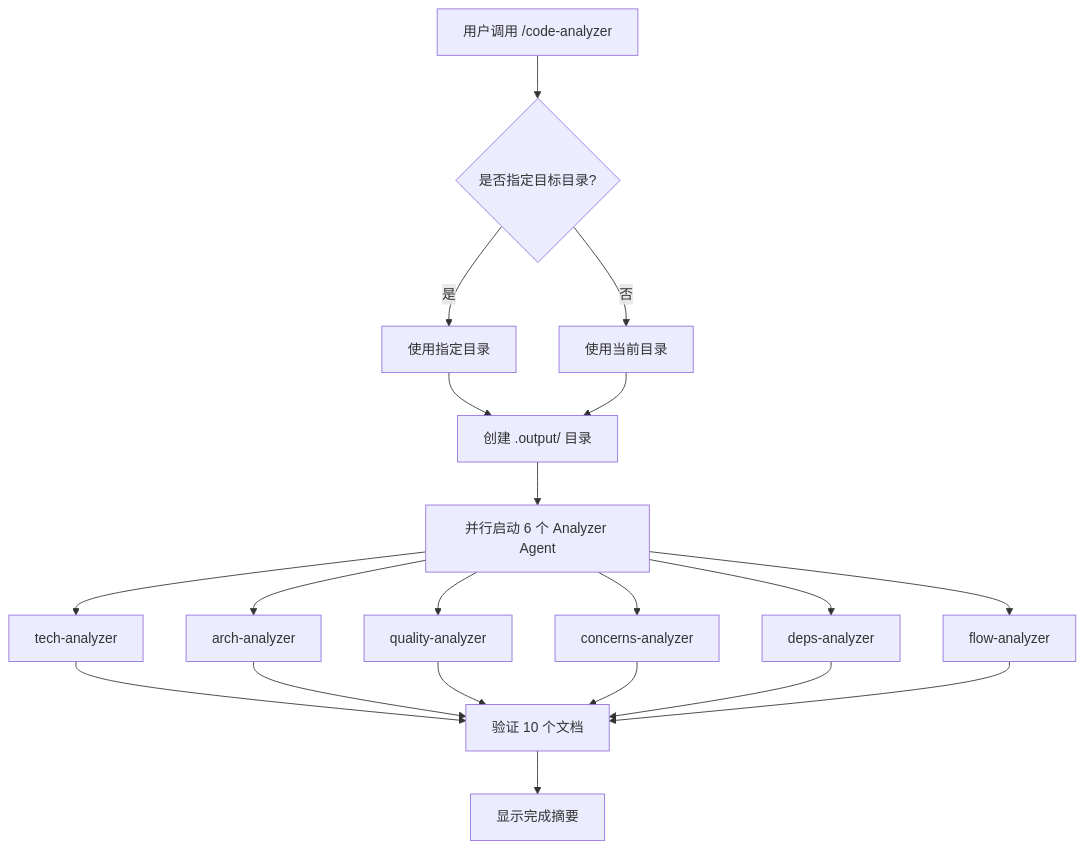
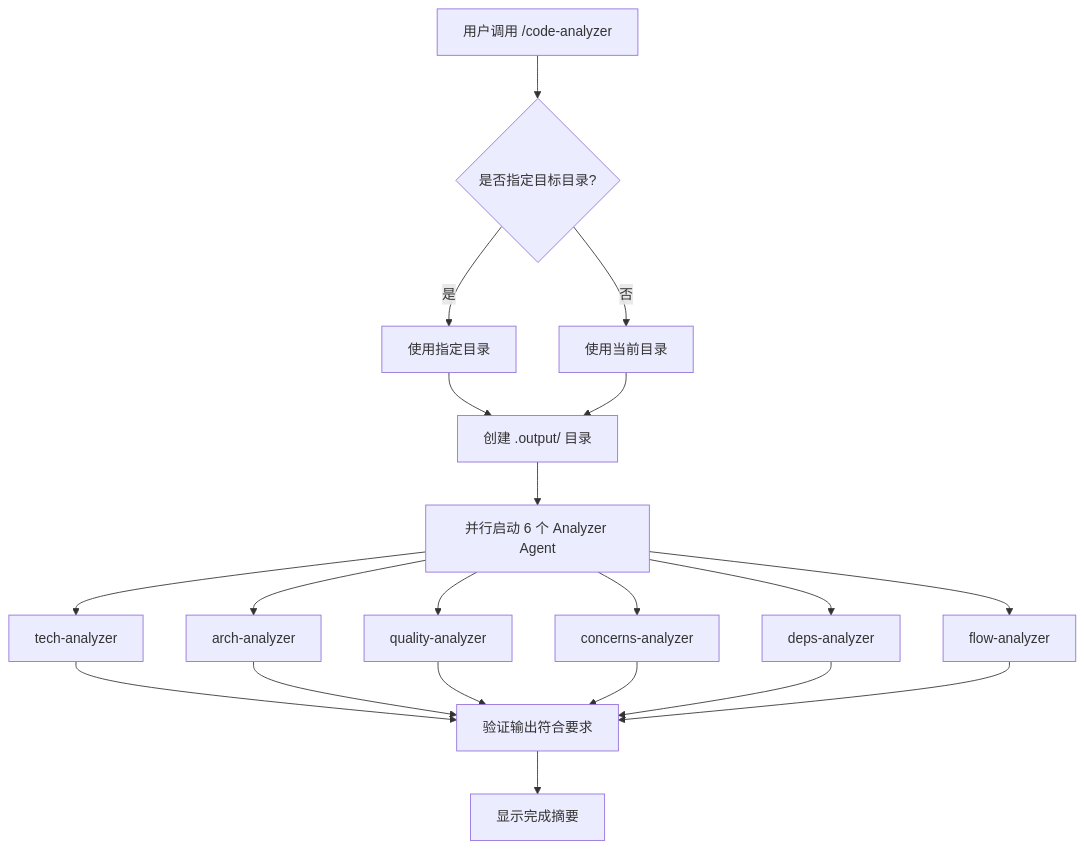
Before and after one commit to yrzroger/code-analyzer: the diagram in README.md, drawn with Mermaid.

Commit message:
修改 README.md

````diff
--- a/README.md
+++ b/README.md
@@ -35,22 +35,22 @@
 ```mermaid
 graph TD
     A[用户调用 /code-analyzer] --> B{是否指定目标目录?}
     B -->|是| C[使用指定目录]
     B -->|否| D[使用当前目录]
     C --> E[创建 .output/ 目录]
     D --> E
     E --> F[并行启动 6 个 Analyzer Agent]
     F --> G1[tech-analyzer]
     F --> G2[arch-analyzer]
     F --> G3[quality-analyzer]
     F --> G4[concerns-analyzer]
     F --> G5[deps-analyzer]
     F --> G6[flow-analyzer]
-    G1 --> H[验证 10 个文档]
+    G1 --> H[验证输出符合要求]
     G2 --> H
     G3 --> H
     G4 --> H
     G5 --> H
     G6 --> H
     H --> I[显示完成摘要]
 ```
````
